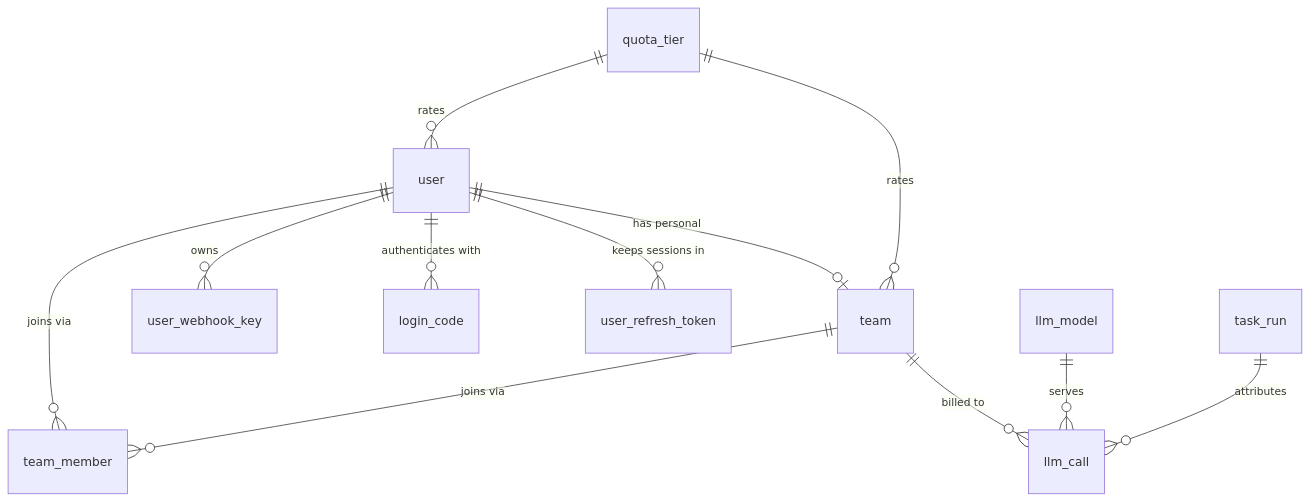
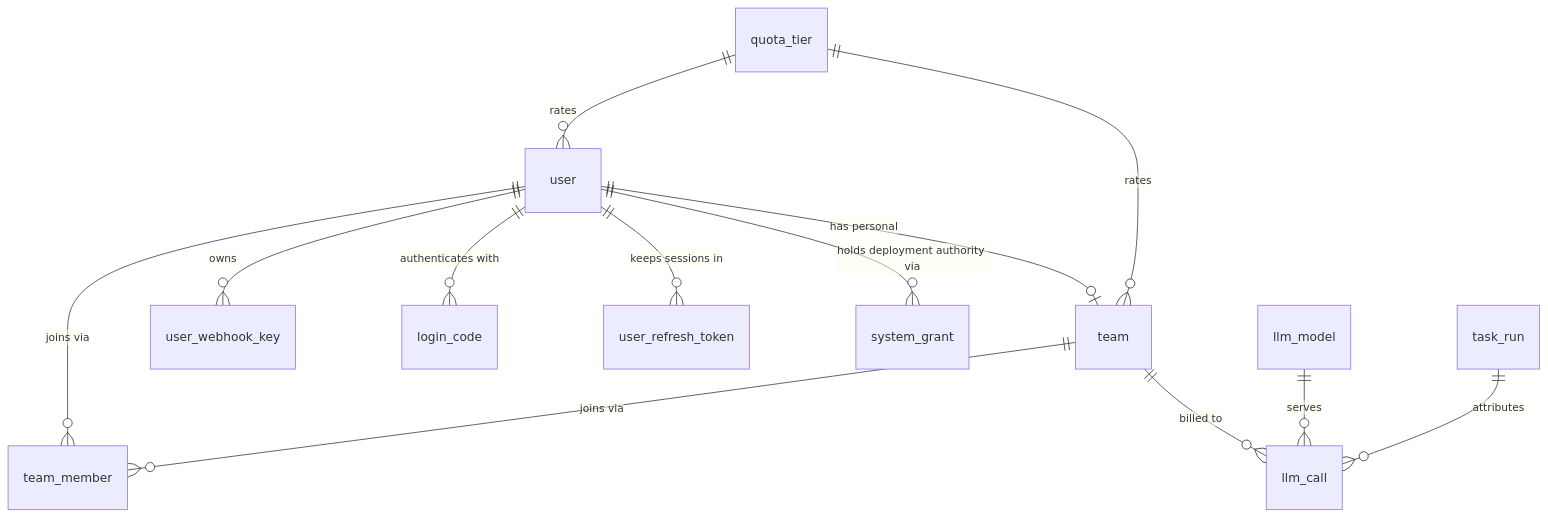
Before and after one commit to gougoujiang/buildmax: the second of 2 diagrams in docs/contribute/architecture/data-model.md, drawn with Mermaid. The commit also changed other lines of this file and 93 other files, not shown here.

````diff
--- a/docs/contribute/architecture/data-model.md
+++ b/docs/contribute/architecture/data-model.md
@@ -100,14 +100,15 @@
 ```mermaid
 erDiagram
     user ||--o{ team_member : "joins via"
     team ||--o{ team_member : "joins via"
     user ||--o| team : "has personal"
     quota_tier ||--o{ user : rates
     quota_tier ||--o{ team : rates
     user ||--o{ user_webhook_key : owns
     user ||--o{ login_code : "authenticates with"
     user ||--o{ user_refresh_token : "keeps sessions in"
+    user ||--o{ system_grant : "holds deployment authority via"
     team ||--o{ llm_call : "billed to"
     llm_model ||--o{ llm_call : serves
     task_run ||--o{ llm_call : attributes
 ```
````
